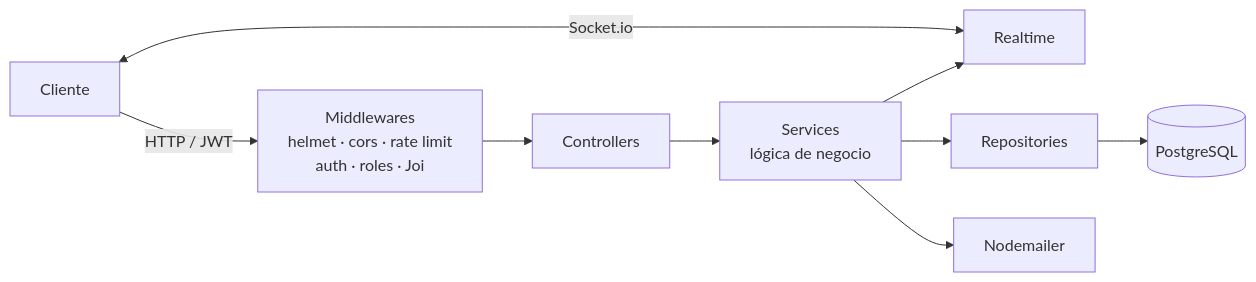
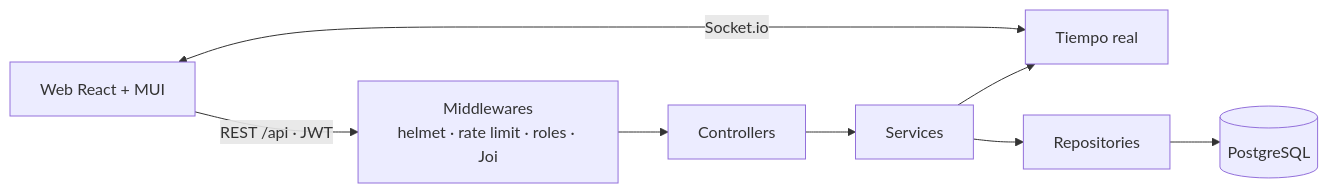
Before and after one commit to andresazcona/HealthLeap-MONOLITH: the diagram in README.md, drawn with Mermaid. The commit also changed other lines of this file and 173 other files, not shown here.

First line of the commit message:
Monorepo with React + MUI web app, brand assets and security fixes

````diff
--- a/README.md
+++ b/README.md
@@ -36,11 +55,7 @@
 ```mermaid
 flowchart LR
-    C[Cliente] -->|HTTP / JWT| M[Middlewares<br/>helmet · cors · rate limit<br/>auth · roles · Joi]
-    C <-->|Socket.io| RT[Realtime]
-    M --> CT[Controllers]
-    CT --> S[Services<br/>lógica de negocio]
-    S --> R[Repositories]
-    R --> DB[(PostgreSQL)]
-    S --> E[Nodemailer]
+    W[Web React + MUI] -->|REST /api · JWT| M[Middlewares<br/>helmet · rate limit · roles · Joi]
+    W <-->|Socket.io| RT[Tiempo real]
+    M --> C[Controllers] --> S[Services] --> R[Repositories] --> DB[(PostgreSQL)]
     S --> RT
 ```
````
